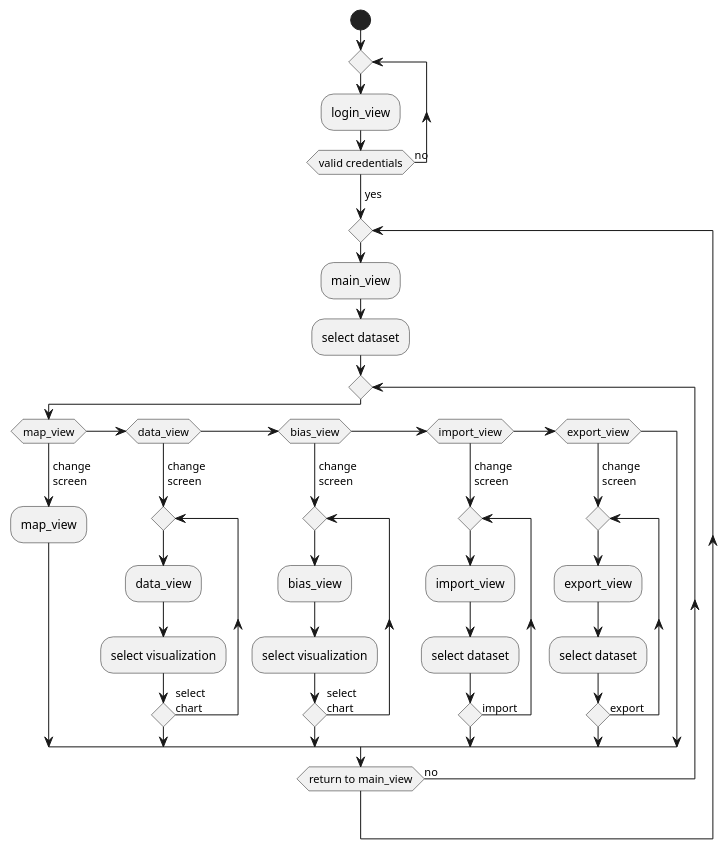
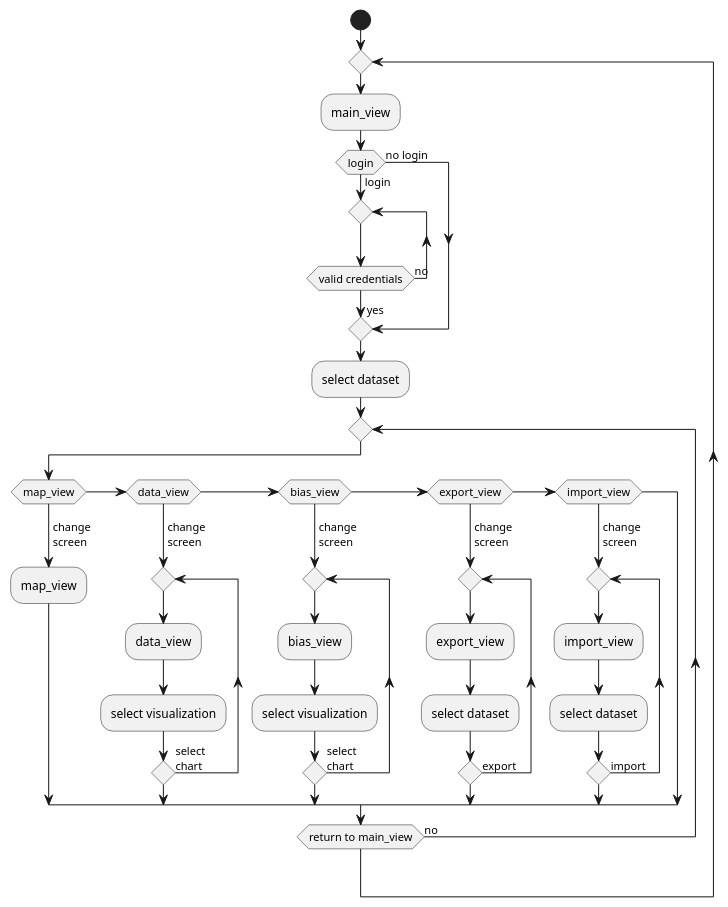
The diagram in Documentation/Deliverables/navigation_diagram.wsd (birdspotter-project/COS397), drawn with PlantUML before and after one commit.

Commit message:
Update navigation_diagram.wsd
improve login chain, previously forgot about public users

```diff
--- a/Documentation/Deliverables/navigation_diagram.wsd
+++ b/Documentation/Deliverables/navigation_diagram.wsd
@@ -1,48 +1,55 @@
 @startuml
 start
 
-repeat
-:login_view;
-repeat while (valid credentials) is (no)
-->yes;
+
 
 repeat
 
 :main_view;
+if (login) then (login)
+    repeat
+    repeat while (valid credentials) is (no)
+    ->yes;
+else (no login)
+endif
+
+
 :select dataset;
 /'
 this nested repeat was the only way I could think of to get the
 desired flow, still not quite sure how to get the 'yes' label on
 the bottom, and leaving an unclosed repeat is probably bad form,
 but makes this look worse
 '/
 repeat
 
 if (map_view) then (\nchange\nscreen)
     :map_view;
 elseif (data_view) then (\nchange\nscreen)
     repeat
     :data_view;
     :select visualization;
     repeat while ( ) is (select\nchart)
 elseif (bias_view) then (\nchange\nscreen)
     repeat
     :bias_view;
     :select visualization;
     repeat while ( ) is (select\nchart)
+elseif (export_view) then (\nchange\nscreen)
+    repeat
+    :export_view;
+    :select dataset;
+    repeat while ( ) is (export)
 elseif (import_view) then (\nchange\nscreen)
     repeat
     :import_view;
     :select dataset;
     repeat while ( ) is (import)
-elseif (export_view) then (\nchange\nscreen)
-    repeat
-    :export_view;
-    :select dataset;
-    repeat while ( ) is (export)
+
 endif
 
 repeat while (return to main_view) is (no)
 
 
+
 @enduml
```
